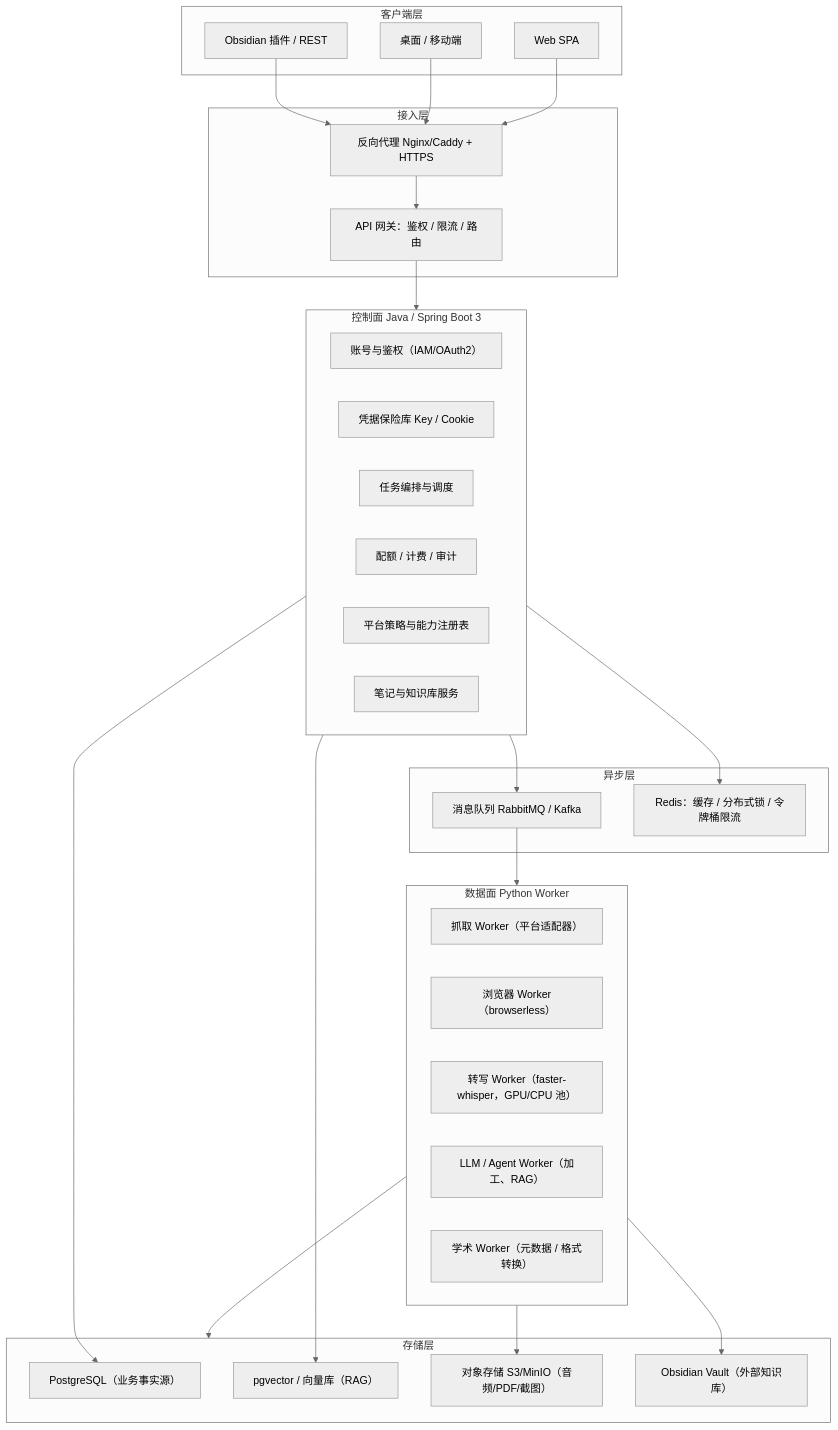
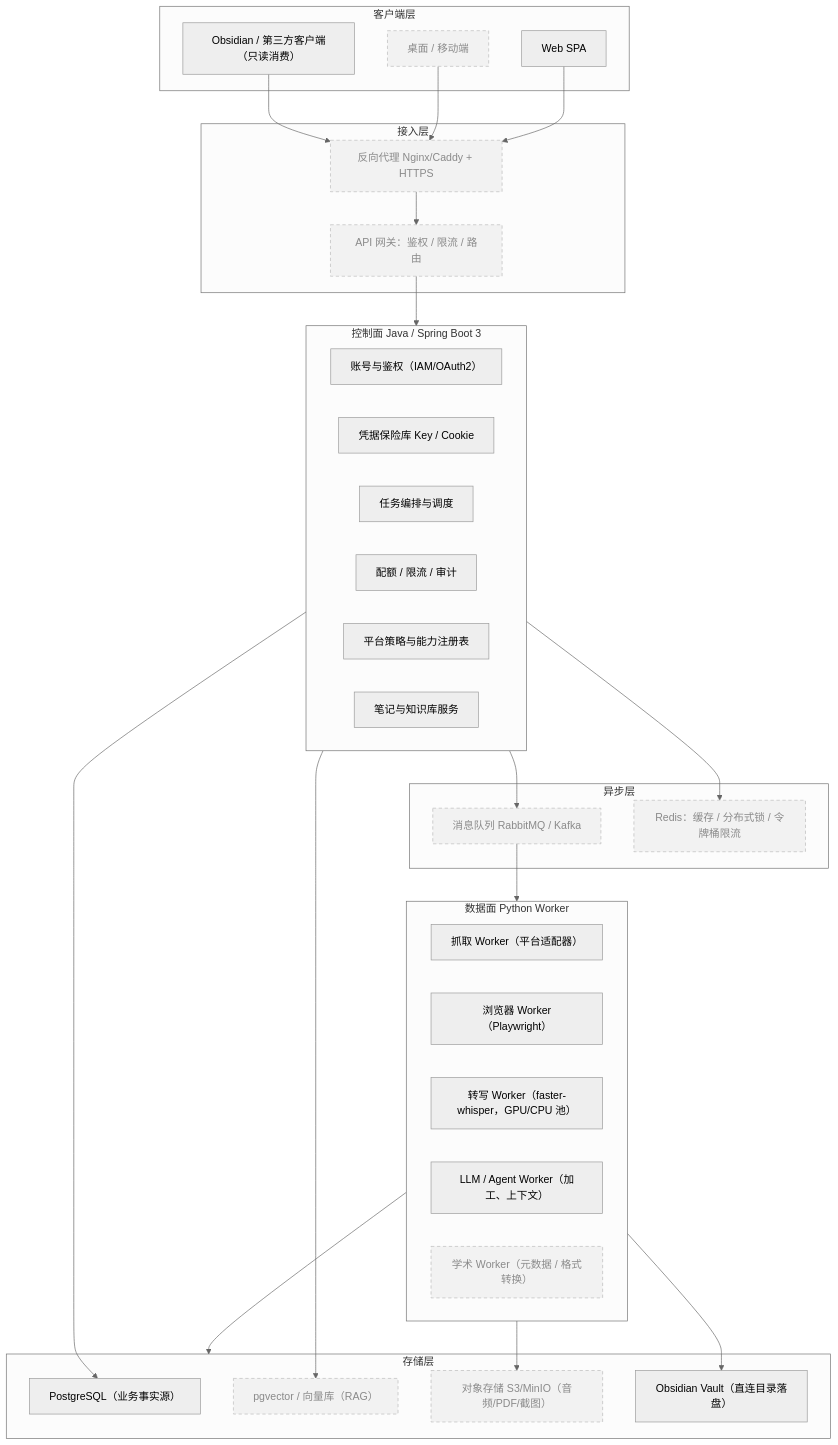
The diagram in docs/ARCHITECTURE.md (CT-progress/zhiji), drawn with Mermaid (neutral theme) before and after one commit. The commit also changed other lines of this file and 1 other file, not shown here.

First line of the commit message:
docs: 对齐落地架构与计划书（PLAN v1.2 / ARCHITECTURE v1.1）

````diff
--- a/docs/ARCHITECTURE.md
+++ b/docs/ARCHITECTURE.md
@@ -332,54 +336,57 @@
 ```mermaid
 graph TD
     subgraph Client["客户端层"]
         C1["Web SPA"]
         C2["桌面 / 移动端"]
-        C3["Obsidian 插件 / REST"]
+        C3["Obsidian / 第三方客户端（只读消费）"]
     end
 
     subgraph Edge["接入层"]
         G1["反向代理 Nginx/Caddy + HTTPS"]
         G2["API 网关：鉴权 / 限流 / 路由"]
     end
 
     subgraph Control["控制面 Java / Spring Boot 3"]
         S1["账号与鉴权（IAM/OAuth2）"]
         S2["凭据保险库 Key / Cookie"]
         S3["任务编排与调度"]
-        S4["配额 / 计费 / 审计"]
+        S4["配额 / 限流 / 审计"]
         S5["平台策略与能力注册表"]
         S6["笔记与知识库服务"]
     end
 
     subgraph Queue["异步层"]
         Q1["消息队列 RabbitMQ / Kafka"]
         Q2["Redis：缓存 / 分布式锁 / 令牌桶限流"]
     end
 
     subgraph Data["数据面 Python Worker"]
         W1["抓取 Worker（平台适配器）"]
-        W2["浏览器 Worker（browserless）"]
+        W2["浏览器 Worker（Playwright）"]
         W3["转写 Worker（faster-whisper，GPU/CPU 池）"]
-        W4["LLM / Agent Worker（加工、RAG）"]
+        W4["LLM / Agent Worker（加工、上下文）"]
         W5["学术 Worker（元数据 / 格式转换）"]
     end
 
     subgraph Storage["存储层"]
         D1["PostgreSQL（业务事实源）"]
         D2["pgvector / 向量库（RAG）"]
         D3["对象存储 S3/MinIO（音频/PDF/截图）"]
-        D4["Obsidian Vault（外部知识库）"]
+        D4["Obsidian Vault（直连目录落盘）"]
     end
 
     C1 --> G1 --> G2 --> Control
     C2 --> G1
     C3 --> G1
     Control --> Q1
     Control --> Q2
     Q1 --> Data
     Data --> Storage
     Control --> D1
     Control --> D2
     Data --> D3
     Data --> D4
+
+    classDef later fill:#f2f2f2,stroke:#b9b9b9,stroke-dasharray:5 4,color:#8a8a8a
+    class C2,G1,G2,Q1,Q2,W5,D2,D3 later
 ```
````
